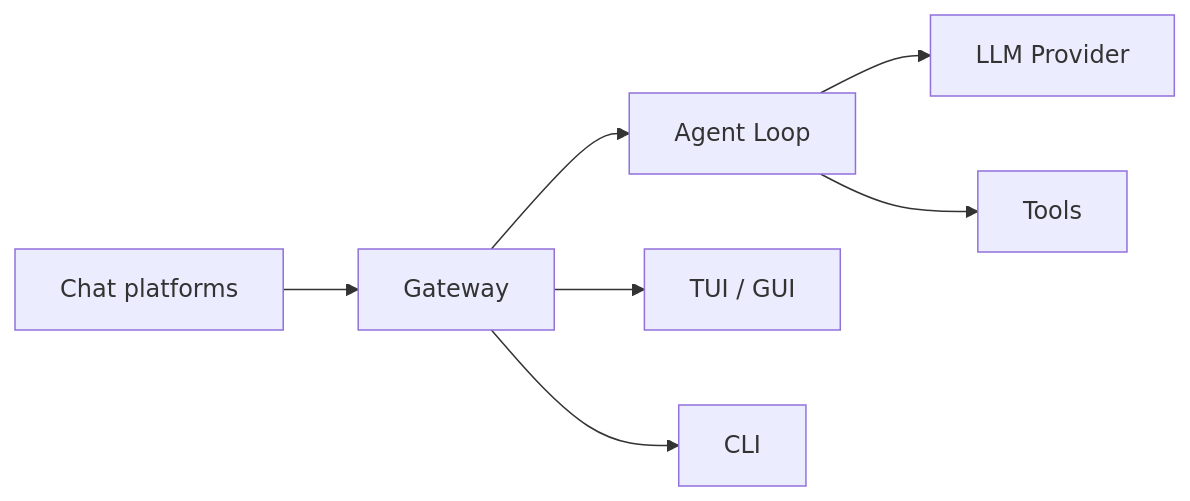
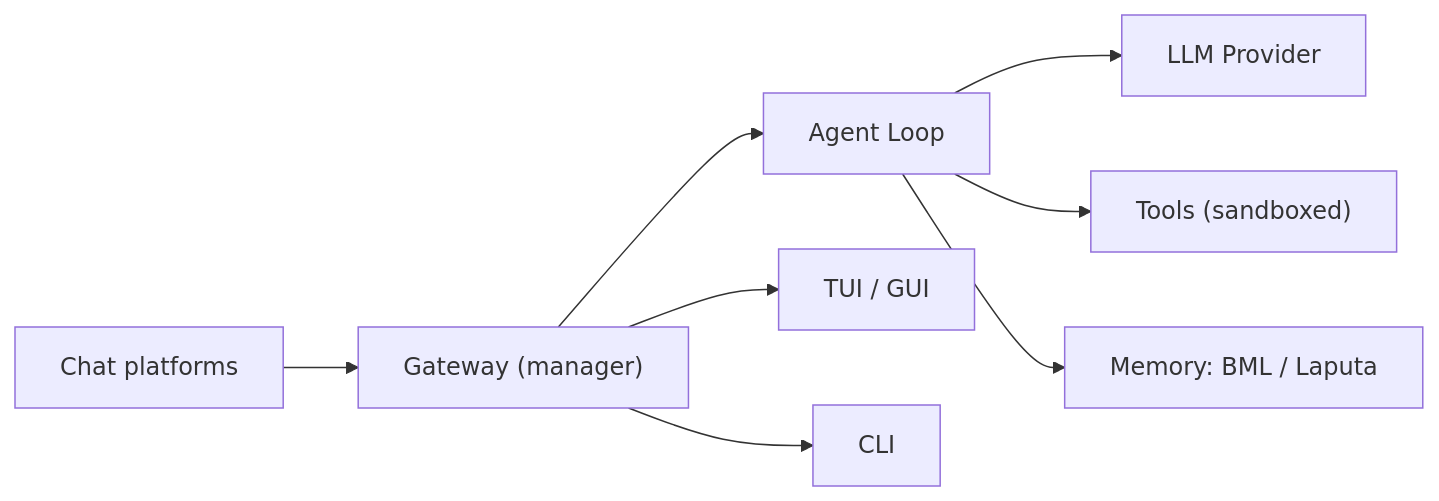
The diagram in README.md (ProjectViVy/agent-diva), drawn with Mermaid before and after one commit. The commit also changed other lines of this file and 5 other files, not shown here.

````diff
--- a/README.md
+++ b/README.md
@@ -55,9 +45,10 @@
 ```mermaid
 flowchart LR
-  A["Chat platforms"] --> B["Gateway"]
+  A["Chat platforms"] --> B["Gateway (manager)"]
   B --> C["Agent Loop"]
   C --> D["LLM Provider"]
-  C --> E["Tools"]
+  C --> E["Tools (sandboxed)"]
+  C --> M["Memory: BML / Laputa"]
   B --> F["TUI / GUI"]
   B --> G["CLI"]
 ```
````
